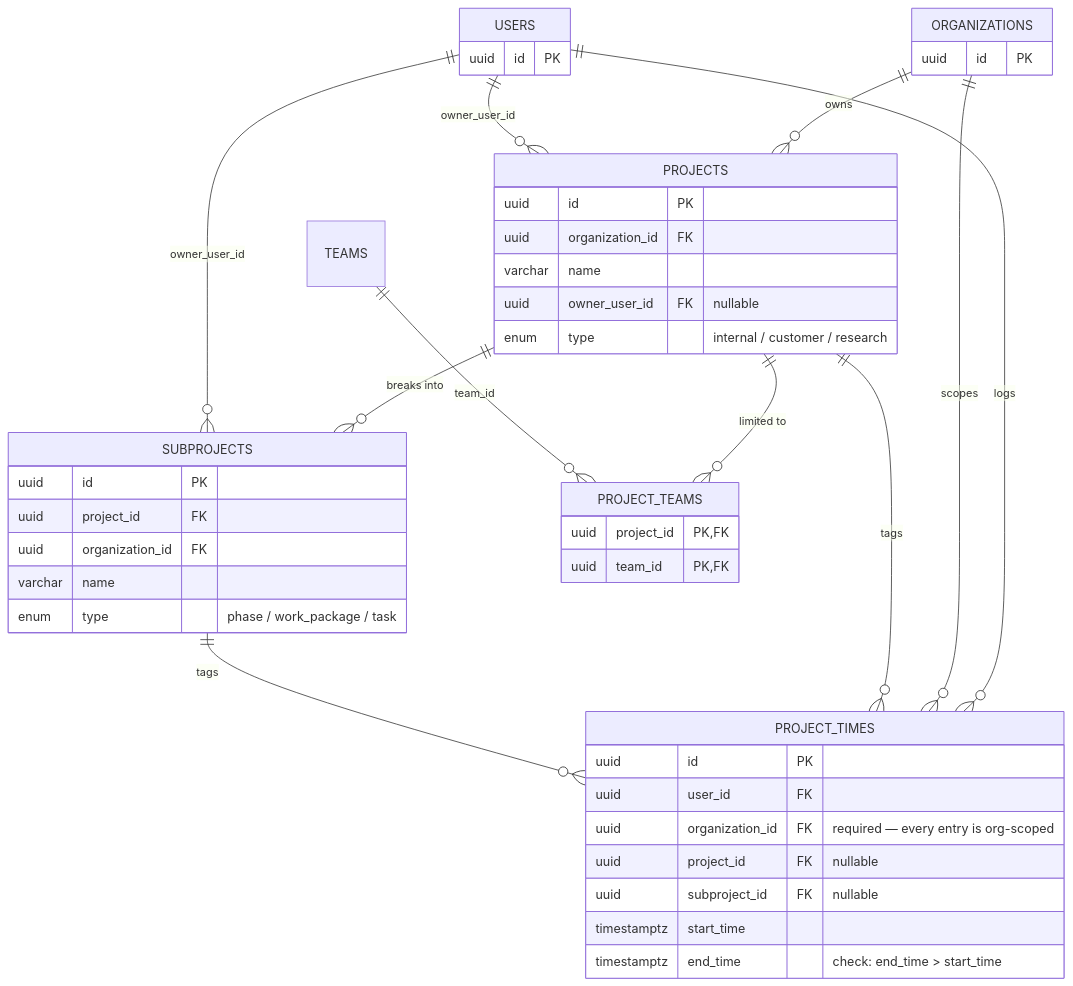
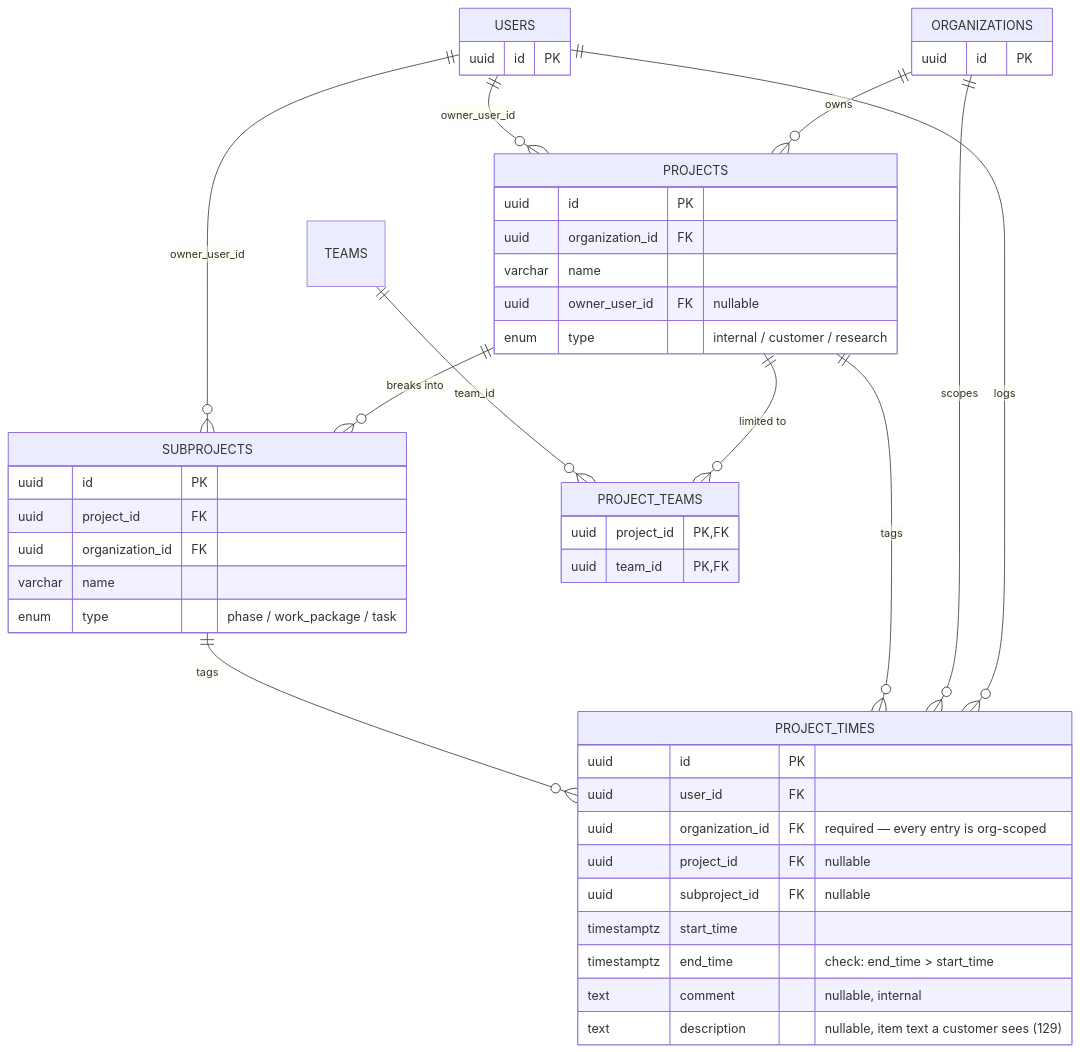
Before and after one commit to fporoli/apensum: the fourth of 18 diagrams in docs/DATABASE_SCHEMA.md, drawn with Mermaid. The commit also changed 14 other files, not shown here.

Commit message:
feat: an item text (Positionstext) for project time beside the internal comment, shown when approving and on the invoice's hours report (ProjectsService.timeReport); demo texts on customer projects

````diff
--- a/docs/DATABASE_SCHEMA.md
+++ b/docs/DATABASE_SCHEMA.md
@@ -224,43 +224,45 @@
 ```mermaid
 erDiagram
     ORGANIZATIONS ||--o{ PROJECTS : "owns"
     PROJECTS ||--o{ SUBPROJECTS : "breaks into"
     USERS ||--o{ PROJECTS : "owner_user_id"
     USERS ||--o{ SUBPROJECTS : "owner_user_id"
     USERS ||--o{ PROJECT_TIMES : "logs"
     ORGANIZATIONS ||--o{ PROJECT_TIMES : "scopes"
     PROJECTS ||--o{ PROJECT_TIMES : "tags"
     SUBPROJECTS ||--o{ PROJECT_TIMES : "tags"
     PROJECTS ||--o{ PROJECT_TEAMS : "limited to"
     TEAMS ||--o{ PROJECT_TEAMS : "team_id"
 
     PROJECT_TEAMS {
         uuid project_id PK,FK
         uuid team_id PK,FK
     }
     PROJECTS {
         uuid id PK
         uuid organization_id FK
         varchar name
         uuid owner_user_id FK "nullable"
         enum type "internal / customer / research"
     }
     SUBPROJECTS {
         uuid id PK
         uuid project_id FK
         uuid organization_id FK
         varchar name
         enum type "phase / work_package / task"
     }
     PROJECT_TIMES {
         uuid id PK
         uuid user_id FK
         uuid organization_id FK "required — every entry is org-scoped"
         uuid project_id FK "nullable"
         uuid subproject_id FK "nullable"
         timestamptz start_time
         timestamptz end_time "check: end_time > start_time"
+        text comment "nullable, internal"
+        text description "nullable, item text a customer sees (129)"
     }
     ORGANIZATIONS { uuid id PK }
     USERS { uuid id PK }
 ```
````
